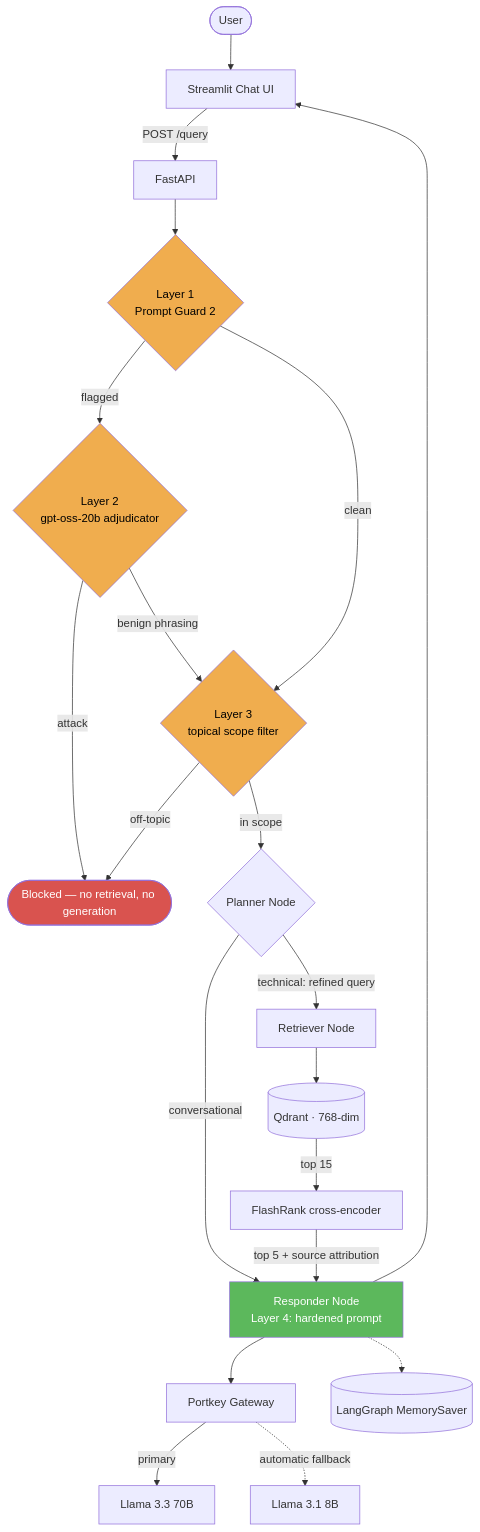
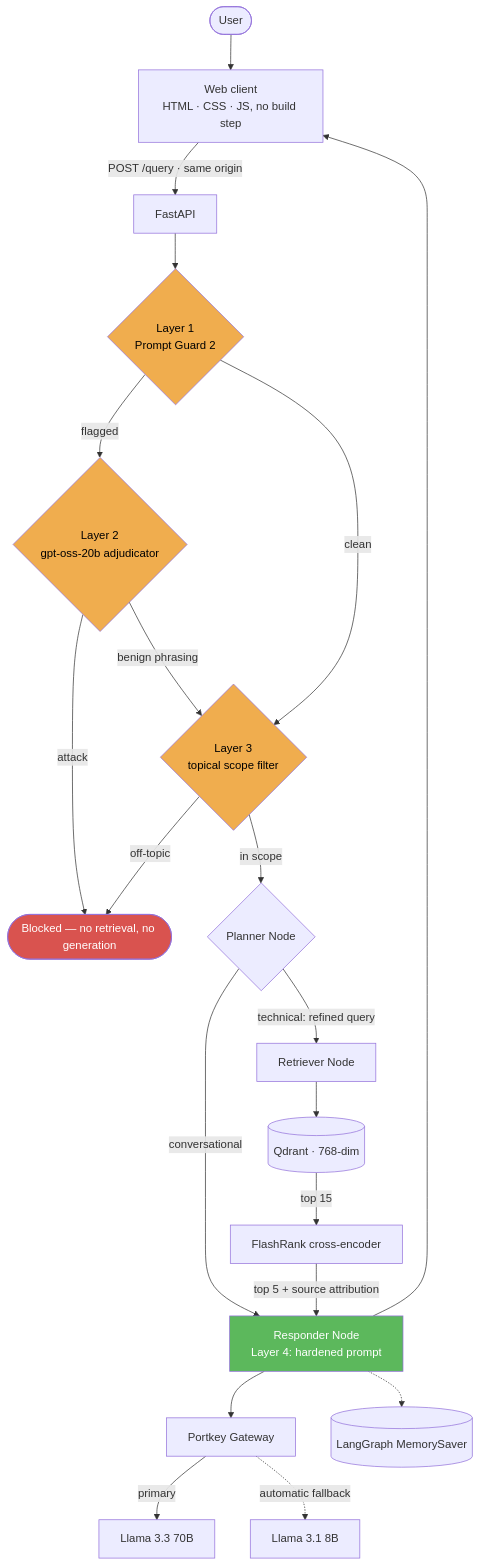
The diagram in README.md (Arnav020/Sentinel-RAG), drawn with Mermaid before and after one commit. The commit also changed other lines of this file and 6 other files, not shown here.

````diff
--- a/README.md
+++ b/README.md
@@ -158,31 +186,31 @@
 ```mermaid
 flowchart TD
-    User([User]) --> UI[Streamlit Chat UI]
-    UI -->|POST /query| API[FastAPI]
+    User([User]) --> UI["Web client<br/>HTML · CSS · JS, no build step"]
+    UI -->|"POST /query · same origin"| API[FastAPI]
 
     API --> G1{"Layer 1<br/>Prompt Guard 2"}
     G1 -->|flagged| G2{"Layer 2<br/>gpt-oss-20b adjudicator"}
     G1 -->|clean| G3
     G2 -->|attack| BLOCK([Blocked — no retrieval, no generation])
     G2 -->|benign phrasing| G3
     G3{"Layer 3<br/>topical scope filter"} -->|off-topic| BLOCK
     G3 -->|in scope| PLAN
 
     PLAN{Planner Node} -->|conversational| RESP
     PLAN -->|technical: refined query| RETR[Retriever Node]
     RETR --> QD[(Qdrant · 768-dim)]
     QD -->|top 15| RERANK[FlashRank cross-encoder]
     RERANK -->|top 5 + source attribution| RESP
 
     RESP[Responder Node<br/>Layer 4: hardened prompt] --> GW[Portkey Gateway]
     GW -->|primary| P[Llama 3.3 70B]
     GW -.->|automatic fallback| F[Llama 3.1 8B]
     RESP --> UI
     RESP -.-> MEM[(LangGraph MemorySaver)]
 
     style BLOCK fill:#d9534f,color:#fff
     style G1 fill:#f0ad4e,color:#000
     style G2 fill:#f0ad4e,color:#000
     style G3 fill:#f0ad4e,color:#000
     style RESP fill:#5cb85c,color:#fff
 ```
````
